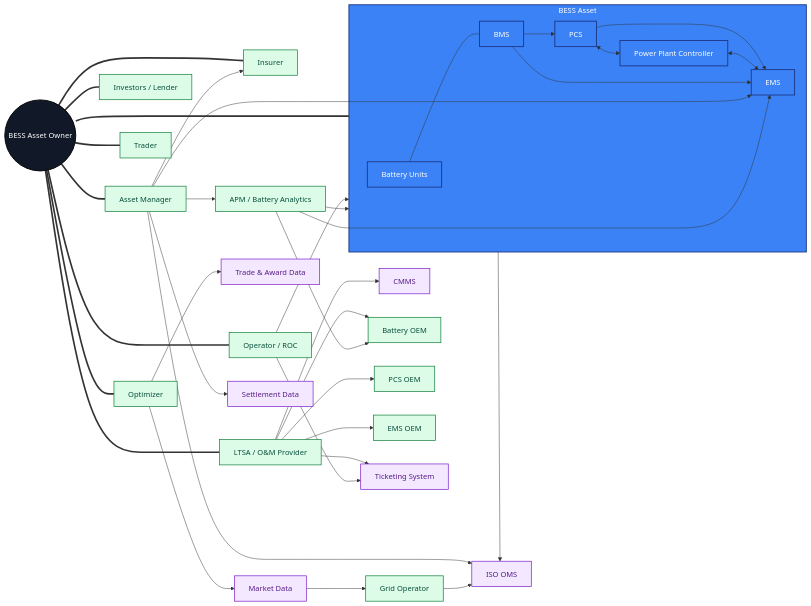
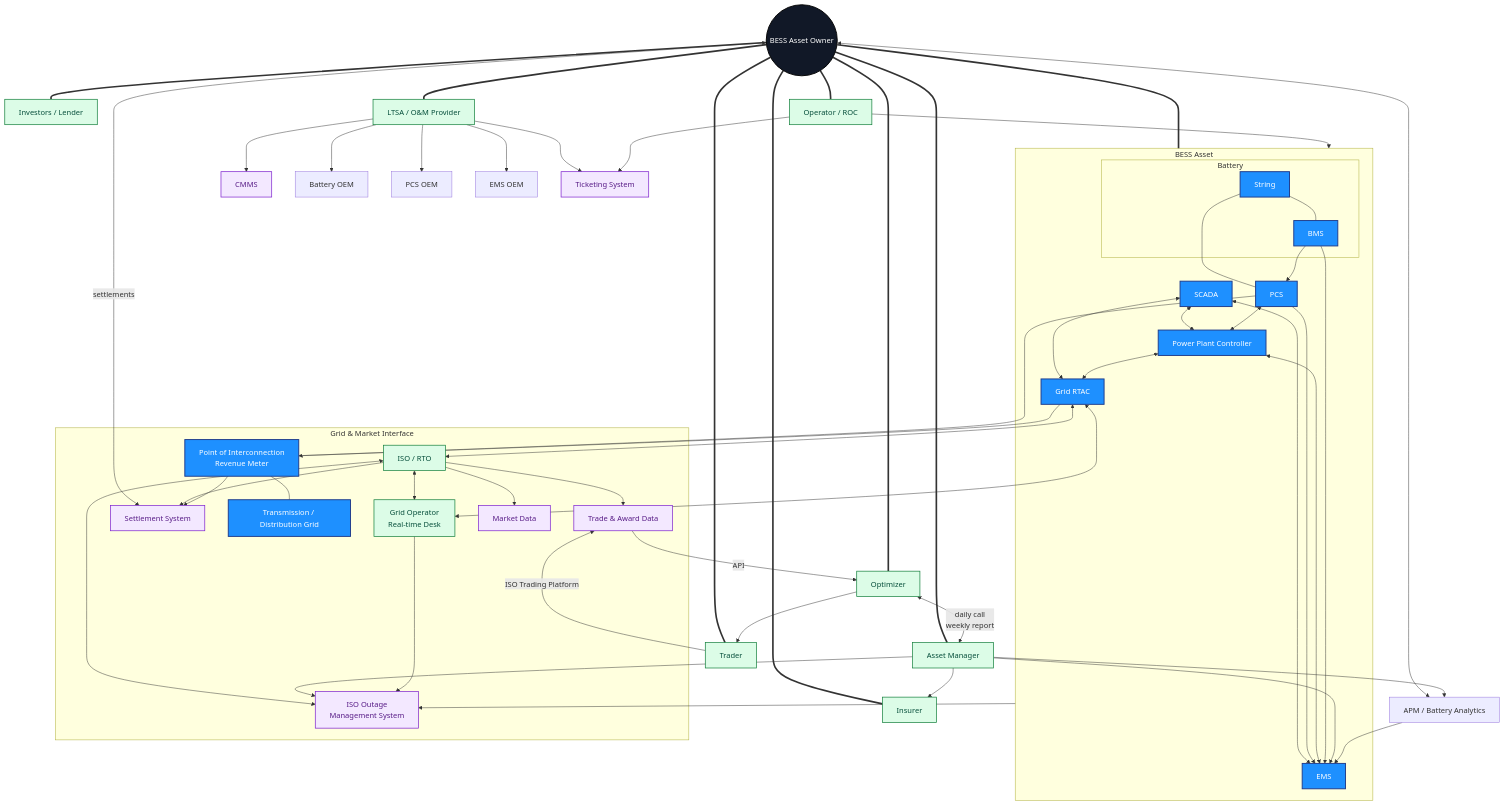
One commit to librenergy/BESS-Groundwork changed the diagram in Entity_Interaction_Map/Entity_Interation_Map.md. Above: the diagram before and after it, drawn with Mermaid.

Commit message:
Update EIM diagram and style definitions

````diff
--- a/Entity_Interaction_Map/Entity_Interation_Map.md
+++ b/Entity_Interaction_Map/Entity_Interation_Map.md
@@ -87,80 +87,111 @@
 ```mermaid
-flowchart LR
+flowchart TB
+  %% BESS Asset group
   subgraph BESS["BESS Asset"]
-      BU["Battery Units"]
-      BMS["BMS"]
-      PCS["PCS"]
-      PPC["Power Plant Controller"]
-      EMS["EMS"]
+      BAT
+      PCS["PCS"]:::asset
+      PPC["Power Plant Controller"]:::asset
+      EMS["EMS"]:::asset
+      SCADA:::asset <--> PPC
+      SCADA <--> RTAC
+      SCADA <--> EMS
+      RTAC["Grid RTAC"]:::asset
   end
-    BU --- BMS
+
+    subgraph BAT["Battery"]
+      ST["String"]:::asset
+      
+        BMS["BMS"]:::asset
+    end
+    BAT --- ST
+    ST --- BMS
+    ST --- PCS
     BMS --> PCS
     PCS --> EMS
     PCS <--> PPC
     PPC <--> EMS
     BMS --> EMS
 
-    BESS:::asset
-
+    %% Owner
     AO(("BESS Asset Owner")):::owner === BESS
 
-    %% contractual relationships
-    AO === AM["Asset Manager"]
-    AO === INS["Insurer"]
-    AO === IL["Investors / Lender"]
-    AO === OM["LTSA / O&M Provider"]
-    AO === OR["Operator / ROC"]
-    AO === OPT["Optimizer"]
-    AO === TRA["Trader"]
+    %% Asset Owner contractual relationships
+    AO === AM["Asset Manager"]:::company
+    AO === INS["Insurer"]:::company
+    AO === IL["Investors / Lender"]:::company
+    AO === OM["LTSA / O&M Provider"]:::company
+    AO === OR["Operator / ROC"]:::company
+    
+    %% optimiser
+    AO === OPT["Optimizer"]:::company
+    AO === TRA["Trader"]:::company
+    TAD -->|API| OPT
+    OPT --> TRA
+    TRA -->|"ISO Trading Platform"| TAD
+    OPT <-->|"daily call\n weekly report"| AM
+
+    %% Asset Data Interaction
+    AO <-->|settlements| SET
+    AO <--> APM
+
+    %% Grid / Interconnection
+    subgraph GRID["Grid & Market Interface"]
+        GR["Transmission / Distribution Grid"]:::asset
+        POI["Point of Interconnection<br/>Revenue Meter"]:::asset
+        ISO["ISO / RTO"]:::company
+        GO["Grid Operator<br/>Real-time Desk"]:::company
+        OMS["ISO Outage<br/>Management System"]:::data
+        SET["Settlement System"]:::data
+        MD["Market Data"]:::data
+        TAD["Trade & Award Data"]:::data
+    end
+
+    PCS --- POI
+    POI --- GR
+
+    PPC <--> RTAC
+    RTAC <--> ISO
+    RTAC <--> GO
+    RTAC --> POI
+
+    ISO <--> GO
+    ISO <--> OMS
+    ISO --> MD
+    ISO --> TAD
+    ISO --> SET
+    POI --> SET
 
     %% operational flows
     AM --> EMS
     AM --> APM["APM / Battery Analytics"]
     AM --> INS
-
     APM --> EMS
 
-    OM --> CMMS["CMMS"] & BOEM["Battery OEM"] & POEM["PCS OEM"] & EOEM["EMS OEM"] & TS["Ticketing System"]
+
+    OM --> CMMS["CMMS"] 
+    OM -->  BOEM["Battery OEM"] 
+    OM -->  POEM["PCS OEM"] 
+    OM -->  EOEM["EMS OEM"] 
+    OM -->  TS["Ticketing System"]
 
     OR --> TS & BESS
-    OPT --> TAD["Trade & Award Data"] & MD["Market Data"]
-    APM --> BESS & BOEM
-    AM --> SD["Settlement Data"] & OMS["ISO OMS"]
-    MD --> GO["Grid Operator"]
+
+    
+
+    AM --> OMS
+
     GO --> OMS
     BESS --> OMS
 
     %% --- Class assignments ---
-    BU:::asset
-    BMS:::asset
-    PCS:::asset
-    PPC:::asset
-    EMS:::asset
 
-    AO:::owner
-
-    AM:::company
-    INS:::company
-    IL:::company
-    OM:::company
-    OR:::company
-    OPT:::company
-    TRA:::company
-    BOEM:::company
-    POEM:::company
-    EOEM:::company
-    GO:::company
-    APM:::company
 
     CMMS:::data
     TS:::data
-    TAD:::data
-    SD:::data
-    OMS:::data
-    MD:::data
 
     %% --- Style definitions ---
-    classDef asset   fill:#3b82f6,stroke:#1e3a8a,stroke-width:2px,color:#fff
+    classDef asset_group   fill:#3b82f6,stroke:#1e3a8a,stroke-width:2px,color:#fff
+    classDef asset   fill:#1E90FF,stroke:#1e3a8a,stroke-width:2px,color:#fff
     classDef owner   fill:#111827,stroke:#000,stroke-width:2px,color:#fff
     classDef company fill:#dcfce7,stroke:#15803d,stroke-width:1.5px,color:#064e3b
     classDef person  fill:#ffedd5,stroke:#9a3412,stroke-width:1.5px,color:#7c2d12
````
